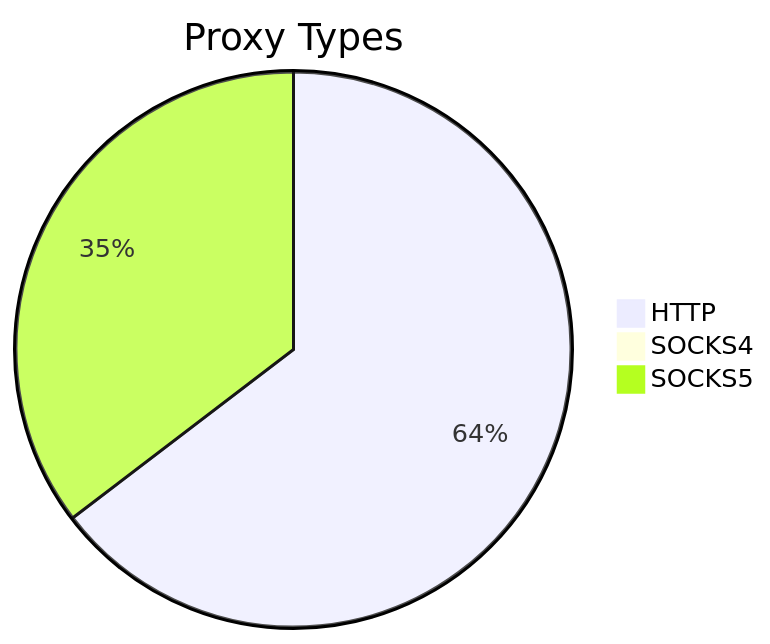
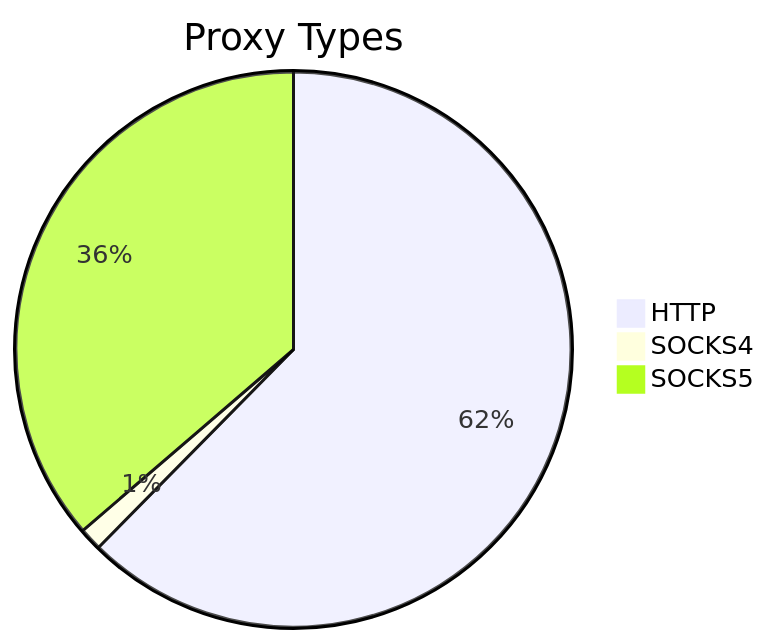
The first of 2 diagrams in README.md (stormsia/proxy-list), drawn with Mermaid before and after one commit. The commit also changed other lines of this file, not shown here.

````diff
--- a/README.md
+++ b/README.md
@@ -21,6 +21,6 @@
 ```mermaid
 pie title Proxy Types
-    "HTTP" : 1427
-    "SOCKS4" : 16
-    "SOCKS5" : 781
+    "HTTP" : 1227
+    "SOCKS4" : 26
+    "SOCKS5" : 714
 ```
````
